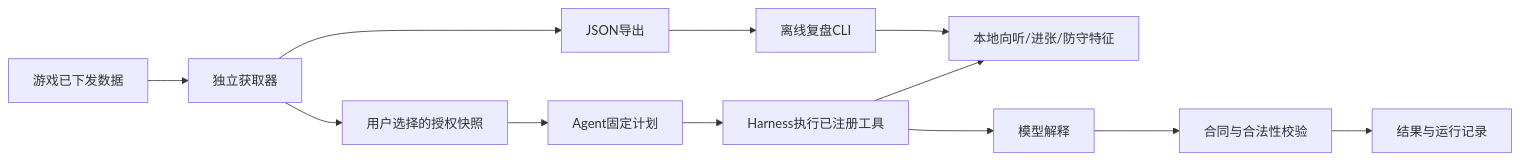
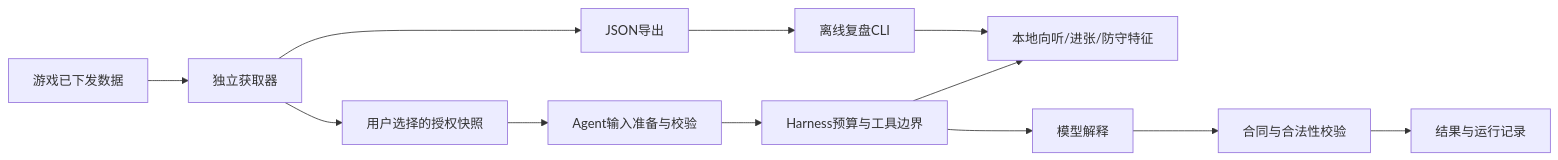
The diagram in docs/AGENT.md (oreki-L/majsoul-ai-analysis-and-review-agent), drawn with Mermaid before and after one commit. The commit also changed other lines of this file and 5 other files, not shown here.

````diff
--- a/docs/AGENT.md
+++ b/docs/AGENT.md
@@ -13,14 +13,14 @@
 ```mermaid
 flowchart LR
   Game[游戏已下发数据] --> Collector[独立获取器]
   Collector --> Export[JSON导出]
   Export --> Review[离线复盘CLI]
   Collector --> Snapshot[用户选择的授权快照]
-  Snapshot --> Agent[Agent固定计划]
-  Agent --> Harness[Harness执行已注册工具]
+  Snapshot --> Agent[Agent输入准备与校验]
+  Agent --> Harness[Harness预算与工具边界]
   Harness --> Local[本地向听/进张/防守特征]
   Harness --> Model[模型解释]
   Model --> Validate[合同与合法性校验]
   Validate --> Panel[结果与运行记录]
   Review --> Local
 ```
````
